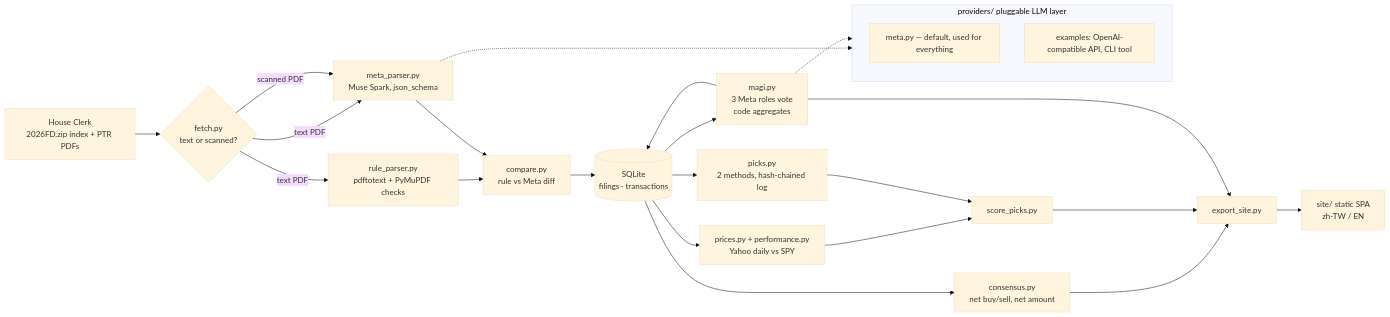
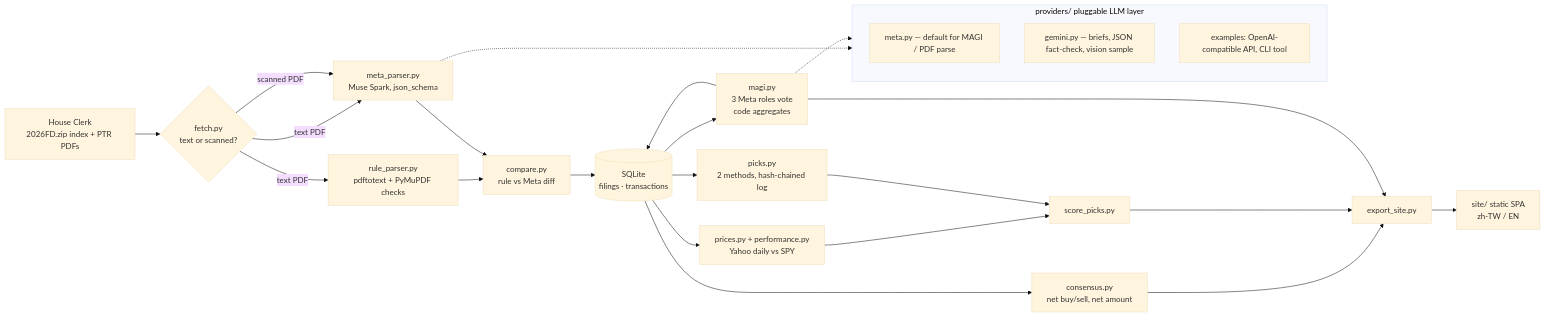
The diagram in README.md (Jo-Peace/disclosed), drawn with Mermaid (base theme) before and after one commit. The commit also changed other lines of this file and 16 other files, not shown here.

First line of the commit message:
Add Google Gemini briefs for members and daily picks

````diff
--- a/README.md
+++ b/README.md
@@ -61,27 +71,28 @@
 ```mermaid
 flowchart LR
   A[House Clerk<br/>2026FD.zip index + PTR PDFs] --> B{fetch.py<br/>text or scanned?}
   B -- text PDF --> C[rule_parser.py<br/>pdftotext + PyMuPDF checks]
   B -- text PDF --> D[meta_parser.py<br/>Muse Spark, json_schema]
   B -- scanned PDF --> D
   C --> E[compare.py<br/>rule vs Meta diff]
   D --> E
   E --> F[(SQLite<br/>filings · transactions)]
   F --> G[magi.py<br/>3 Meta roles vote<br/>code aggregates]
   G --> F
   F --> H[prices.py + performance.py<br/>Yahoo daily vs SPY]
   F --> I[consensus.py<br/>net buy/sell, net amount]
   F --> J[picks.py<br/>2 methods, hash-chained log]
   H --> K[score_picks.py]
   J --> K
   I --> L[export_site.py]
   K --> L
   G --> L
   L --> M[site/ static SPA<br/>zh-TW / EN]
   subgraph Providers [providers/ pluggable LLM layer]
-    P1[meta.py — default, used for everything]
-    P2[examples: OpenAI-compatible API, CLI tool]
+    P1[meta.py — default for MAGI / PDF parse]
+    P2[gemini.py — briefs, JSON fact-check, vision sample]
+    P3[examples: OpenAI-compatible API, CLI tool]
   end
   D -.-> Providers
   G -.-> Providers
 ```
````
